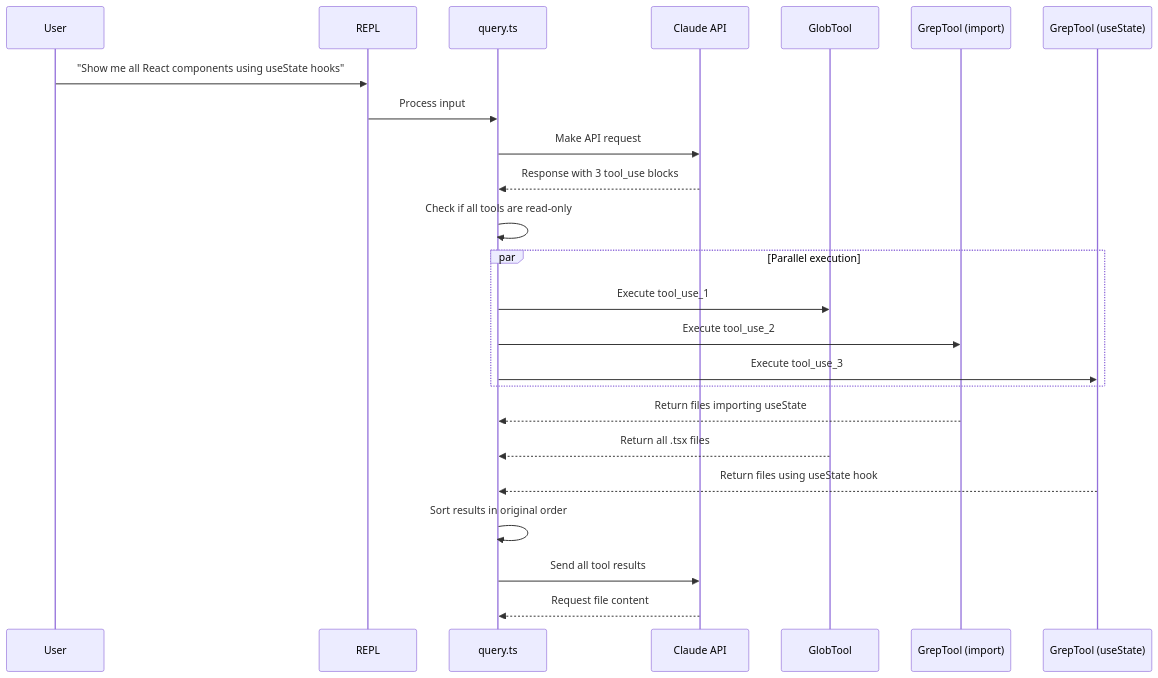
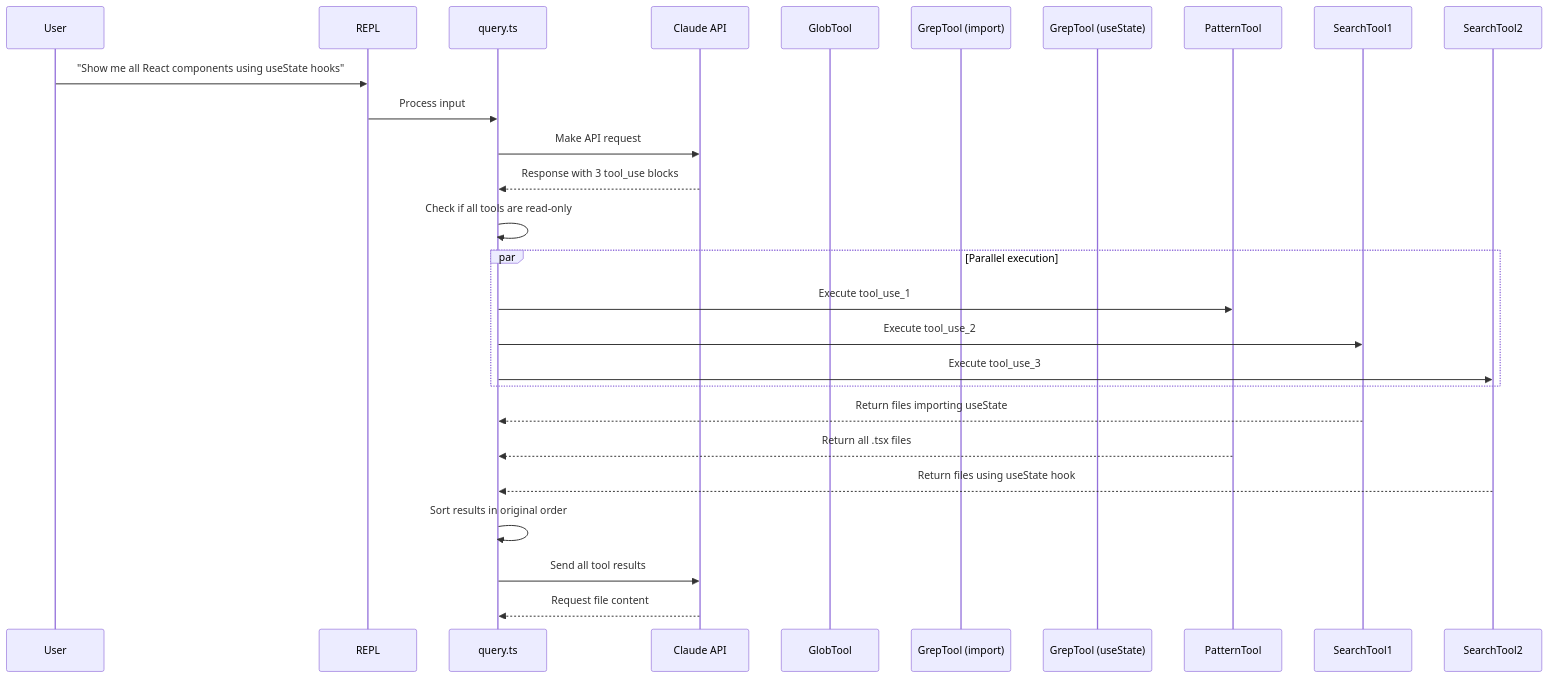
One commit to Szermer/QED changed the third of 3 diagrams in src/real-world-examples.md. Above: the diagram before and after it, drawn with Mermaid. The commit also changed other lines of this file and 82 other files, not shown here.

````diff
--- a/src/real-world-examples.md
+++ b/src/real-world-examples.md
@@ -220,31 +220,31 @@
 ```mermaid
 sequenceDiagram
     participant User
     participant REPL
     participant query.ts as query.ts
     participant Claude as Claude API
     participant GlobTool
     participant GrepTool1 as GrepTool (import)
     participant GrepTool2 as GrepTool (useState)
     
     User->>REPL: "Show me all React components using useState hooks"
     REPL->>query.ts: Process input
     query.ts->>Claude: Make API request
     Claude-->>query.ts: Response with 3 tool_use blocks
     
     query.ts->>query.ts: Check if all tools are read-only
     
     par Parallel execution
-        query.ts->>GlobTool: Execute tool_use_1
-        query.ts->>GrepTool1: Execute tool_use_2
-        query.ts->>GrepTool2: Execute tool_use_3
+        query.ts->>PatternTool: Execute tool_use_1
+        query.ts->>SearchTool1: Execute tool_use_2
+        query.ts->>SearchTool2: Execute tool_use_3
     end
     
-    GrepTool1-->>query.ts: Return files importing useState
-    GlobTool-->>query.ts: Return all .tsx files
-    GrepTool2-->>query.ts: Return files using useState hook
+    SearchTool1-->>query.ts: Return files importing useState
+    PatternTool-->>query.ts: Return all .tsx files
+    SearchTool2-->>query.ts: Return files using useState hook
     
     query.ts->>query.ts: Sort results in original order
     query.ts->>Claude: Send all tool results
     Claude-->>query.ts: Request file content
 ```
````
